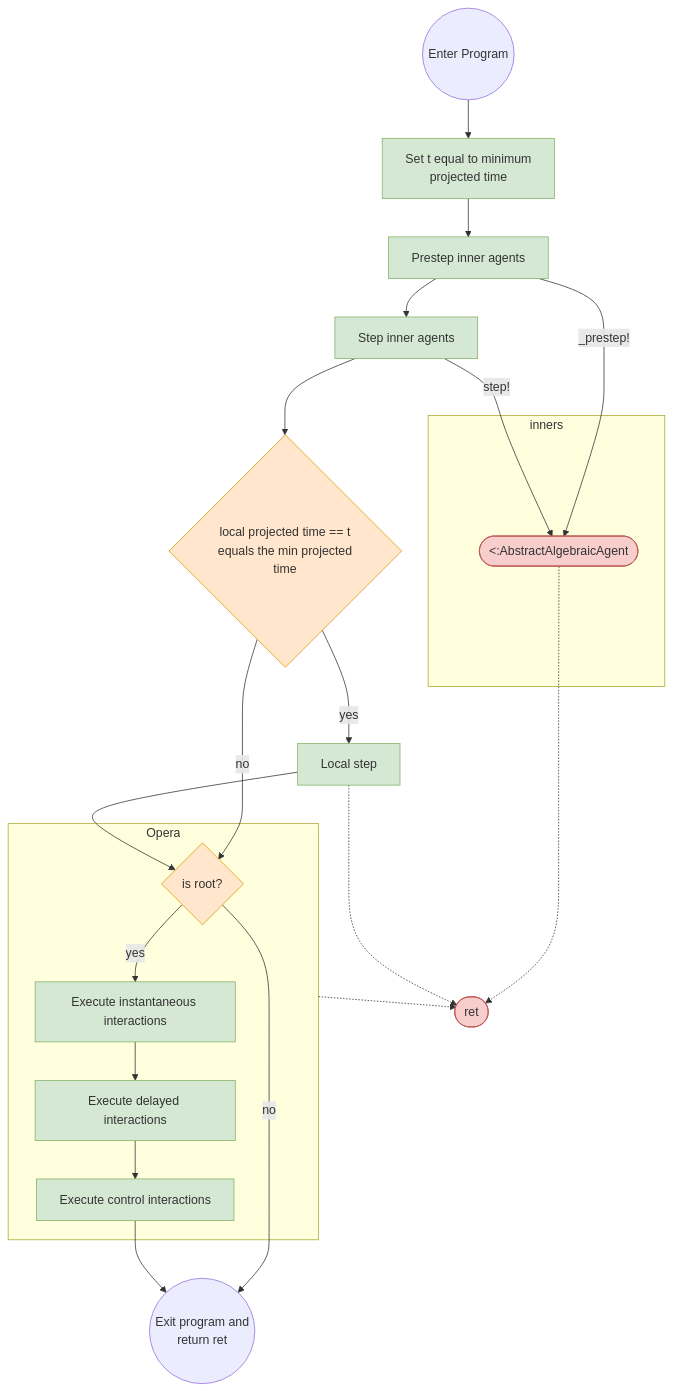
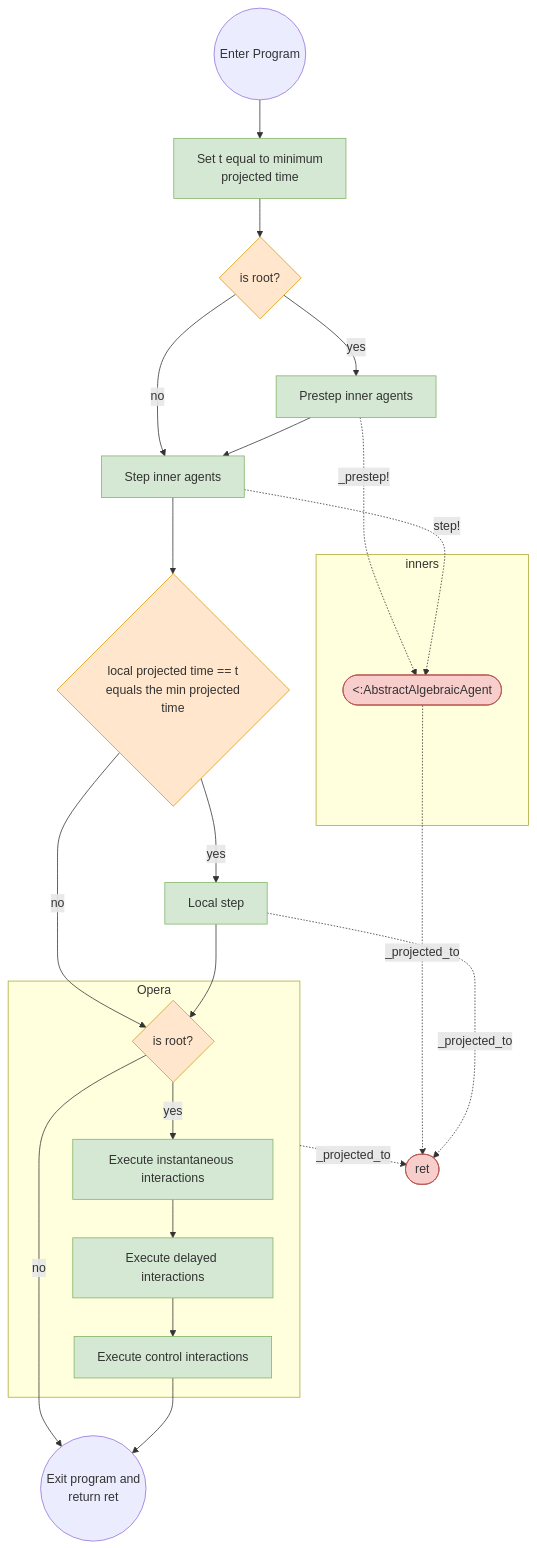
Before and after one commit to Merck/AlgebraicAgents.jl: the diagram in docs/src/design.md, drawn with Mermaid. The commit also changed 2 other files, not shown here.

Commit message:
can take 1 step of Anderson's method

````diff
--- a/docs/src/design.md
+++ b/docs/src/design.md
@@ -19,47 +19,51 @@
 ```mermaid
 flowchart TD
 
     Start((Enter Program))-->Project[Set t equal to minimum \n projected time]:::GreenNode
 
-    Project-->PreWalk[Prestep inner agents]:::GreenNode
+    Project-->RootDecision1{is root?}:::YellowNode
+    
+    RootDecision1 -->|yes| PreWalk[Prestep inner agents]:::GreenNode
 
-    PreWalk -->|_prestep!| Inners([<:AbstractAlgebraicAgent]):::RedNode
+    RootDecision1 -->|no| Step[Step inner agents]:::GreenNode
+
+    PreWalk -.->|_prestep!| Inners([<:AbstractAlgebraicAgent]):::RedNode
     
-    PreWalk --> Step[Step inner agents]:::GreenNode
+    PreWalk --> Step
 
-    Step -->|step!| Inners
+    Step -.->|step!| Inners
 
     subgraph inners
     Inners
     end
 
     Ret([ret]):::RedNode
 
-    Inners -.-> Ret
+    Inners -.->|_projected_to| Ret
 
     Step --> LocalDecision{local projected time == t\n equals the min projected time}:::YellowNode
 
     LocalDecision -->|yes| LocalStep[Local step]:::GreenNode
-    LocalDecision -->|no| RootDecision{is root?}:::YellowNode
+    LocalDecision -->|no| RootDecision2{is root?}:::YellowNode
 
-    LocalStep -.-> Ret
+    LocalStep -.->|_projected_to| Ret
 
-    LocalStep --> RootDecision
+    LocalStep --> RootDecision2
 
     subgraph Opera
 
-    RootDecision -->|yes| InstantOpera[Execute instantaneous interactions]:::GreenNode
+    RootDecision2 -->|yes| InstantOpera[Execute instantaneous interactions]:::GreenNode
     InstantOpera --> FutureOpera[Execute delayed interactions]:::GreenNode
     FutureOpera --> ControlOpera[Execute control interactions]:::GreenNode
     end
 
-    Opera -.-> Ret
+    Opera -.->|_projected_to| Ret
 
-    RootDecision -->|no| Stop
+    RootDecision2 -->|no| Stop
 
     ControlOpera --> Stop((Exit program and\n return ret))
 
     classDef GreenNode fill:#D5E8D4,stroke:#82B366;
     classDef RedNode fill:#F8CECC,stroke:#B85450;
     classDef YellowNode fill:#FFE6CC,stroke:#D79B00;
 ```
````
